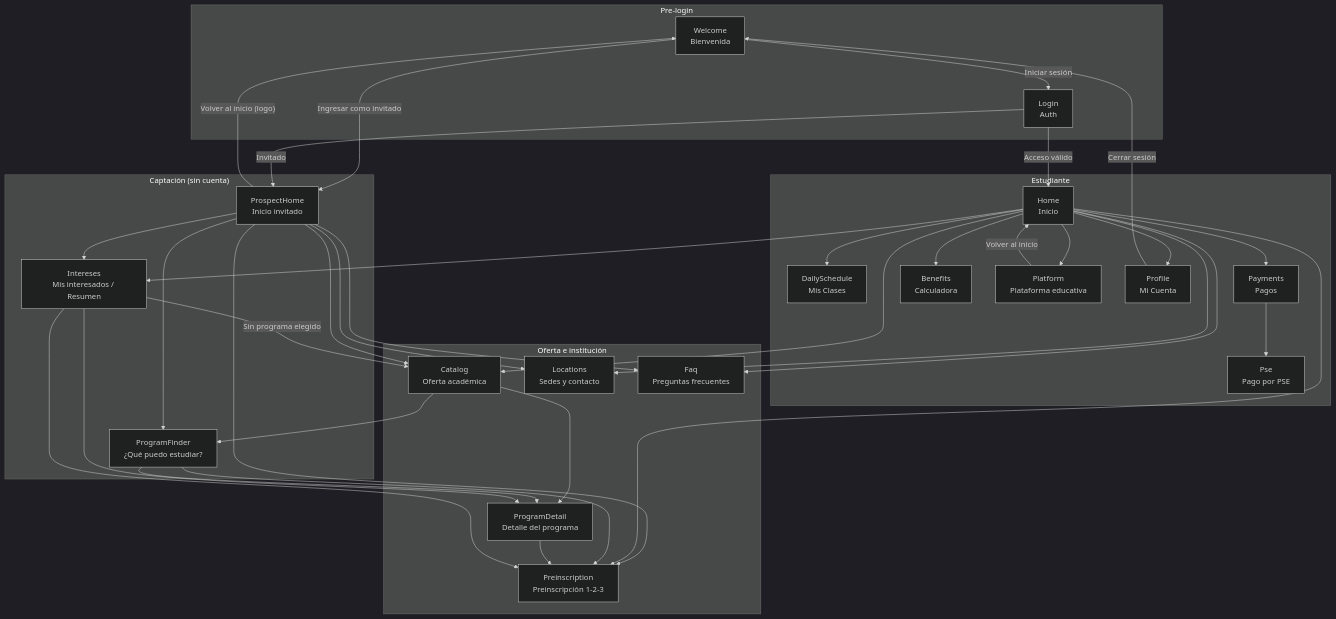
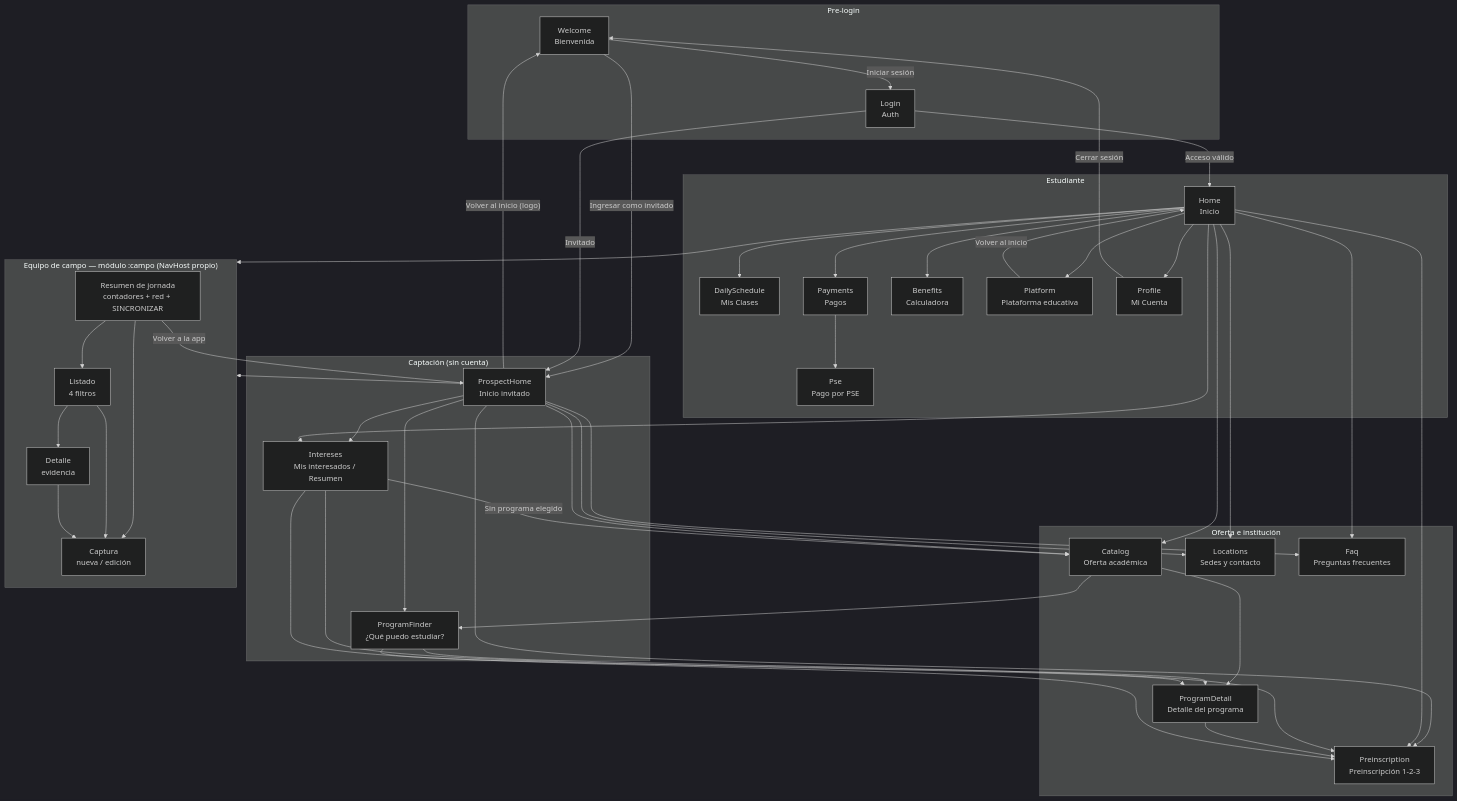
One commit to Cjs9o/FundacionEnidApp changed the first of 2 diagrams in DIAGRAMA_NAVEGACION.md. Above: the diagram before and after it, drawn with Mermaid (dark theme). The commit also changed other lines of this file and 58 other files, not shown here.

````diff
--- a/DIAGRAMA_NAVEGACION.md
+++ b/DIAGRAMA_NAVEGACION.md
@@ -80,4 +80,20 @@
     PAYMENTS --> PSE
     PLATFORM -->|"Volver al inicio"| HOME
     PROFILE -->|"Cerrar sesión"| WELCOME
+
+    subgraph CAMPO["Equipo de campo — módulo :campo (NavHost propio)"]
+        CAMPO_RESUMEN["Resumen de jornada<br/>contadores + red + SINCRONIZAR"]
+        CAMPO_LISTADO["Listado<br/>4 filtros"]
+        CAMPO_CAPTURA["Captura<br/>nueva / edición"]
+        CAMPO_DETALLE["Detalle<br/>evidencia"]
+    end
+
+    PHOME --> CAMPO
+    HOME --> CAMPO
+    CAMPO_RESUMEN --> CAMPO_LISTADO
+    CAMPO_RESUMEN --> CAMPO_CAPTURA
+    CAMPO_LISTADO --> CAMPO_DETALLE
+    CAMPO_LISTADO --> CAMPO_CAPTURA
+    CAMPO_DETALLE --> CAMPO_CAPTURA
+    CAMPO_RESUMEN -->|"Volver a la app"| PHOME
 ```
````
